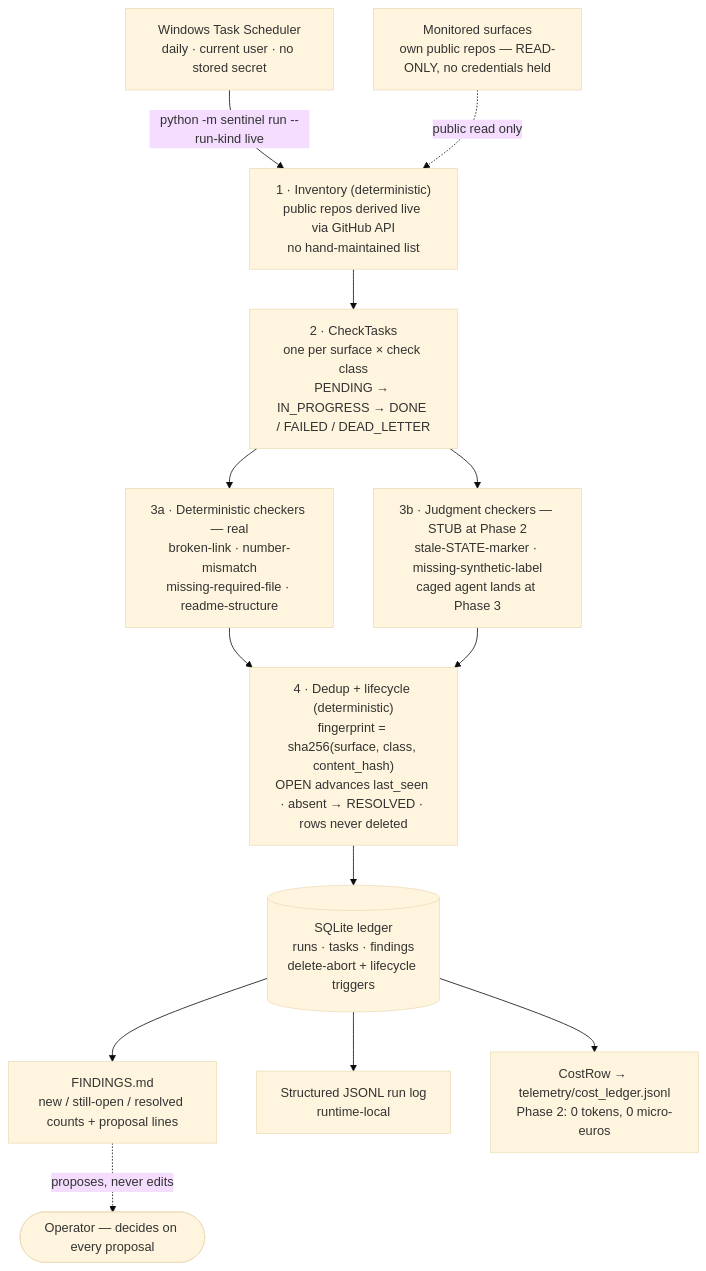
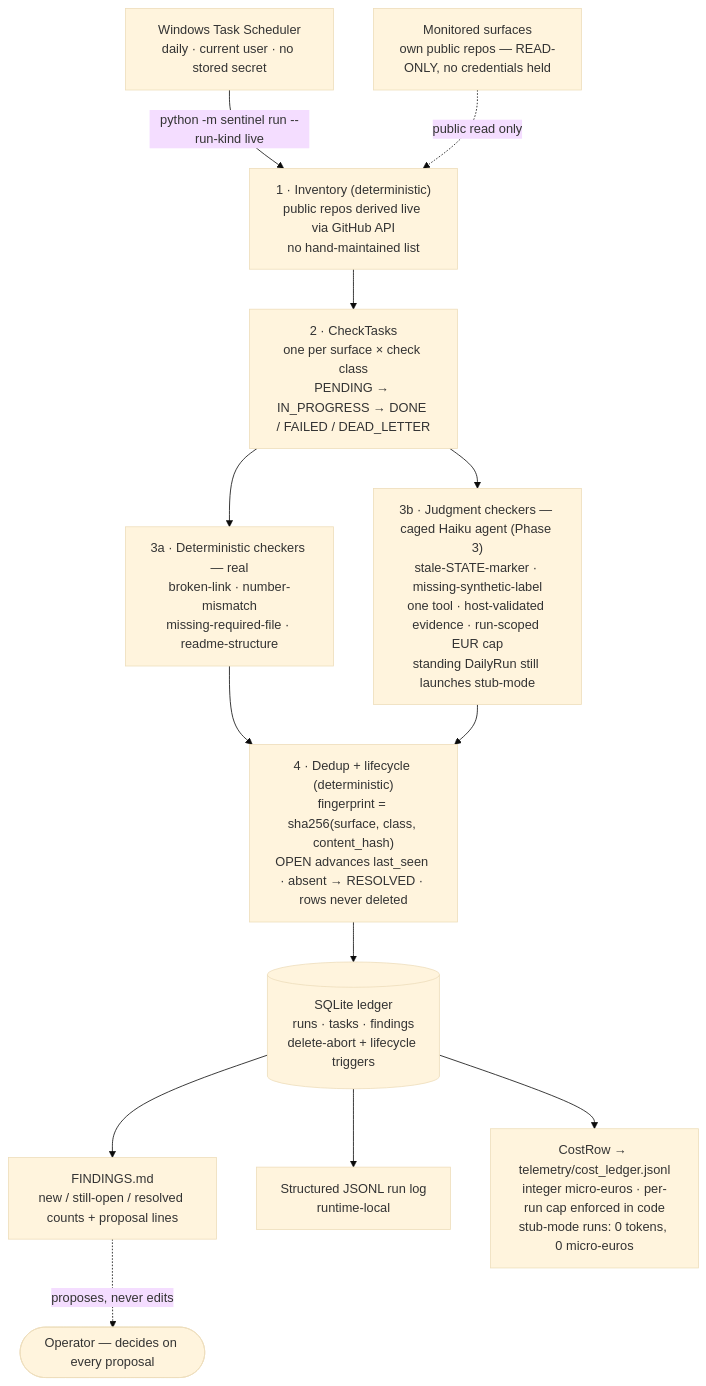
One commit to kobescak-kristian/ai-portfolio-sentinel changed the diagram in README.md. Above: the diagram before and after it, drawn with Mermaid (base theme). The commit also changed other lines of this file and 5 other files, not shown here.

````diff
--- a/README.md
+++ b/README.md
@@ -41,28 +55,28 @@
 ```mermaid
 flowchart TD
   SCH["Windows Task Scheduler<br/>daily · current user · no stored secret"]
   MON["Monitored surfaces<br/>own public repos — READ-ONLY, no credentials held"]
   INV["1 · Inventory (deterministic)<br/>public repos derived live via GitHub API<br/>no hand-maintained list"]
   TSK["2 · CheckTasks<br/>one per surface × check class<br/>PENDING → IN_PROGRESS → DONE / FAILED / DEAD_LETTER"]
   DET["3a · Deterministic checkers — real<br/>broken-link · number-mismatch<br/>missing-required-file · readme-structure"]
-  STB["3b · Judgment checkers — STUB at Phase 2<br/>stale-STATE-marker · missing-synthetic-label<br/>caged agent lands at Phase 3"]
+  STB["3b · Judgment checkers — caged Haiku agent (Phase 3)<br/>stale-STATE-marker · missing-synthetic-label<br/>one tool · host-validated evidence · run-scoped EUR cap<br/>standing DailyRun still launches stub-mode"]
   DED["4 · Dedup + lifecycle (deterministic)<br/>fingerprint = sha256(surface, class, content_hash)<br/>OPEN advances last_seen · absent → RESOLVED · rows never deleted"]
   DB[("SQLite ledger<br/>runs · tasks · findings<br/>delete-abort + lifecycle triggers")]
   FND["FINDINGS.md<br/>new / still-open / resolved counts + proposal lines"]
   LOG["Structured JSONL run log<br/>runtime-local"]
-  CST["CostRow → telemetry/cost_ledger.jsonl<br/>Phase 2: 0 tokens, 0 micro-euros"]
+  CST["CostRow → telemetry/cost_ledger.jsonl<br/>integer micro-euros · per-run cap enforced in code<br/>stub-mode runs: 0 tokens, 0 micro-euros"]
   OPR(["Operator — decides on every proposal"])
 
   SCH -->|"python -m sentinel run --run-kind live"| INV
   MON -.->|"public read only"| INV
   INV --> TSK
   TSK --> DET
   TSK --> STB
   DET --> DED
   STB --> DED
   DED --> DB
   DB --> FND
   DB --> LOG
   DB --> CST
   FND -.->|"proposes, never edits"| OPR
 ```
````
